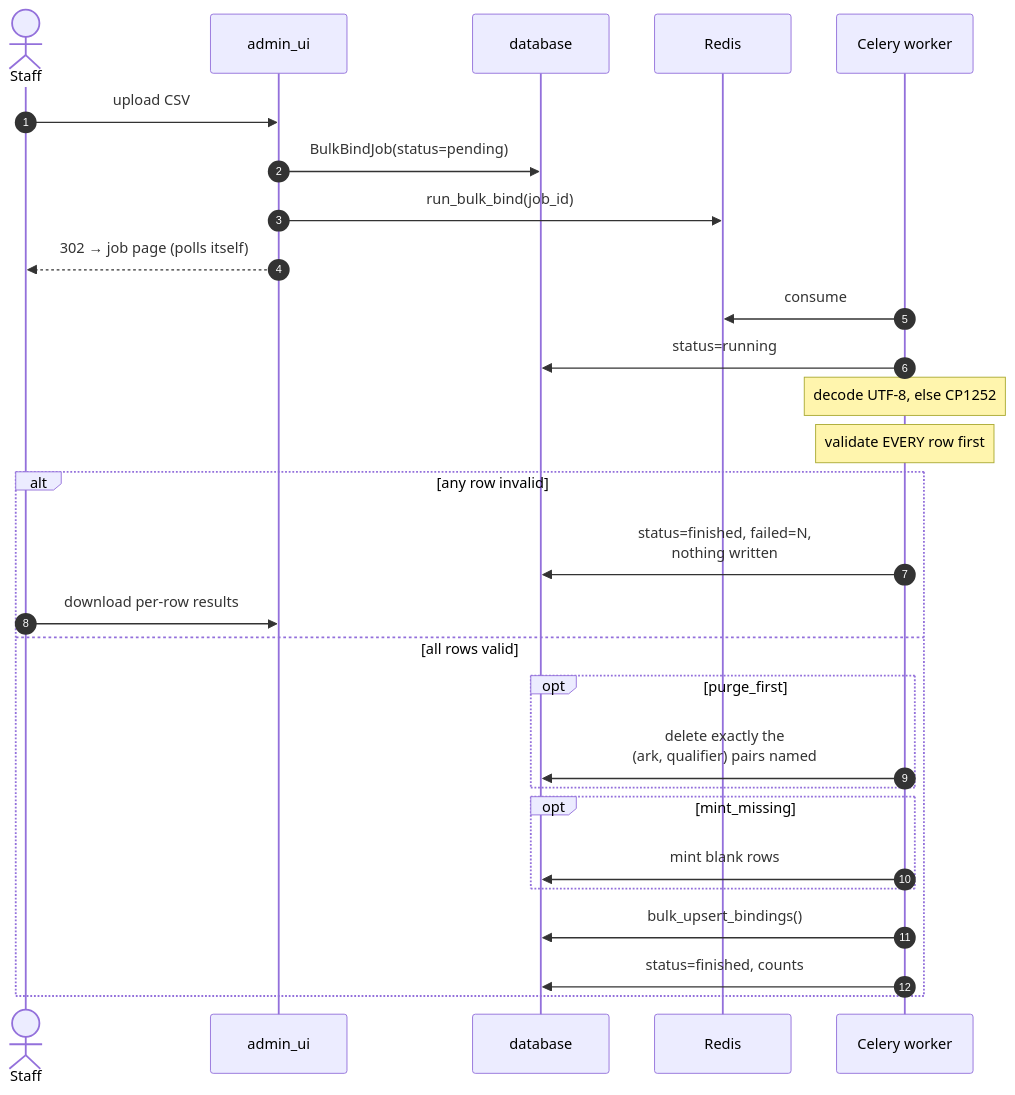
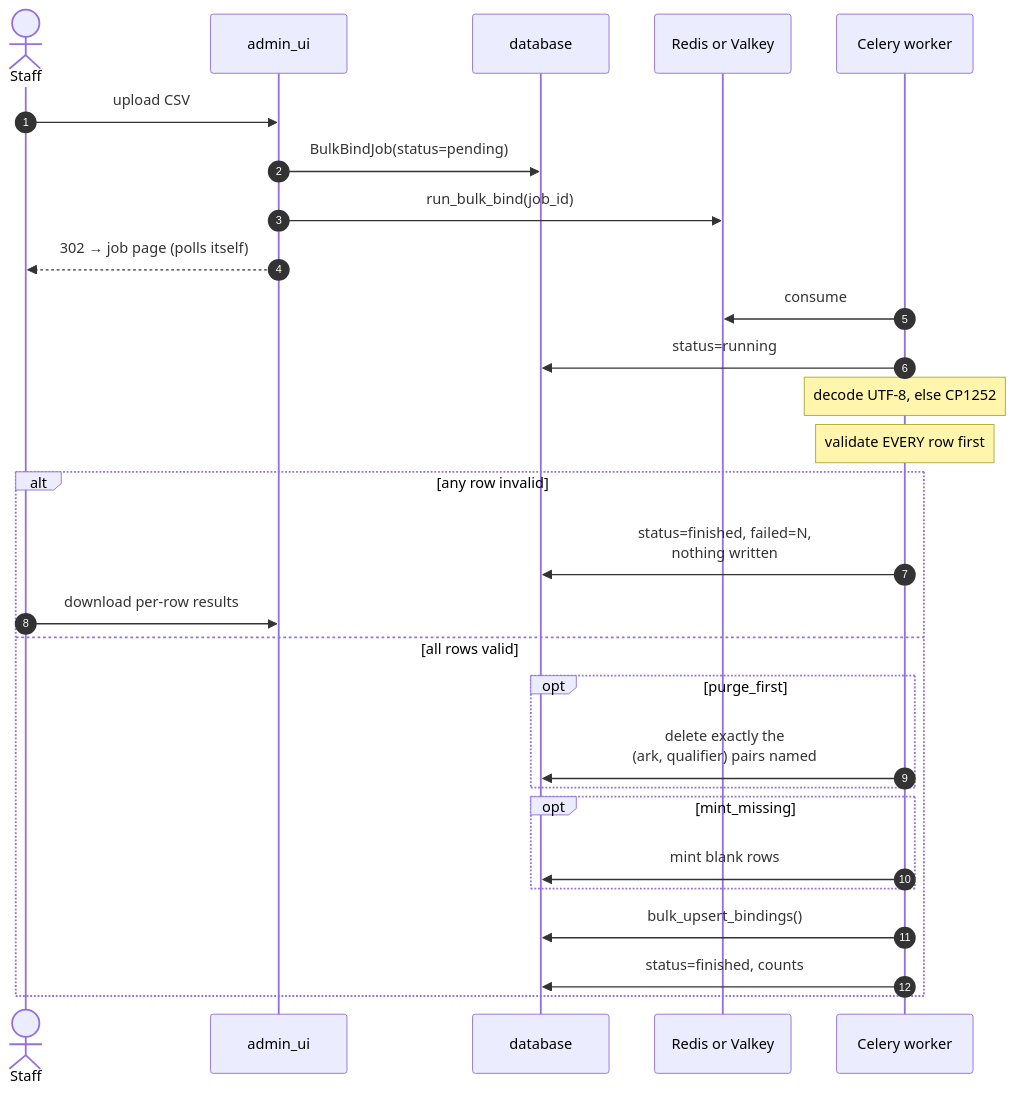
One commit to digitalutsc/arks-service changed the tenth of 11 diagrams in README_EXTENDED.md. Above: the diagram before and after it, drawn with Mermaid. The commit also changed other lines of this file and 10 other files, not shown here.

First line of the commit message:
Support a remote MySQL and Redis or Valkey in production

````diff
--- a/README_EXTENDED.md
+++ b/README_EXTENDED.md
@@ -372,32 +375,32 @@
 ```mermaid
 sequenceDiagram
     autonumber
     actor Staff
     participant UI as admin_ui
     participant DB as database
-    participant Q as Redis
+    participant Q as Redis or Valkey
     participant W as Celery worker
 
     Staff->>UI: upload CSV
     UI->>DB: BulkBindJob(status=pending)
     UI->>Q: run_bulk_bind(job_id)
     UI-->>Staff: 302 → job page (polls itself)
 
     W->>Q: consume
     W->>DB: status=running
     Note over W: decode UTF-8, else CP1252
     Note over W: validate EVERY row first
     alt any row invalid
         W->>DB: status=finished, failed=N,<br/>nothing written
         Staff->>UI: download per-row results
     else all rows valid
         opt purge_first
             W->>DB: delete exactly the<br/>(ark, qualifier) pairs named
         end
         opt mint_missing
             W->>DB: mint blank rows
         end
         W->>DB: bulk_upsert_bindings()
         W->>DB: status=finished, counts
     end
 ```
````
